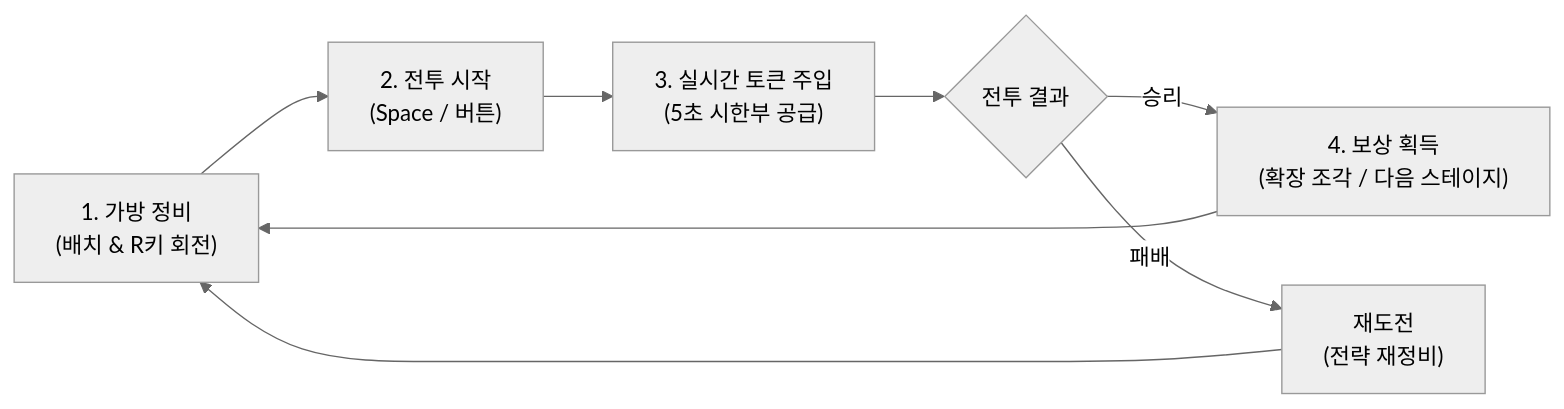
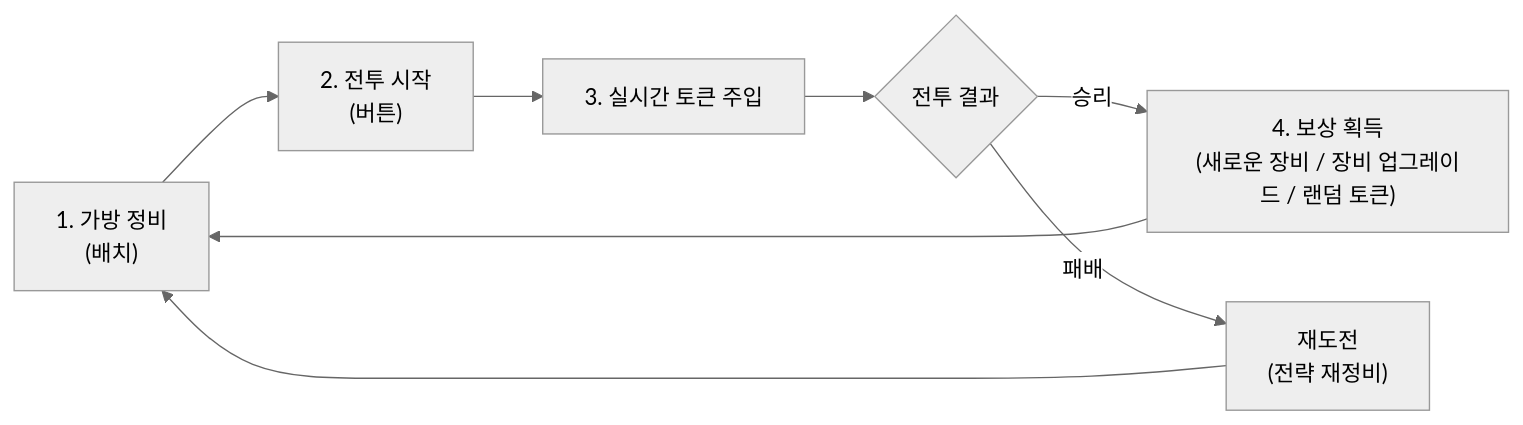
The diagram in README.md (Jvncyo/InventoryAutoBattle), drawn with Mermaid (neutral theme) before and after one commit. The commit also changed other lines of this file, not shown here.

````diff
--- a/README.md
+++ b/README.md
@@ -42,10 +41,10 @@
 ```mermaid
 flowchart LR
-    A["1. 가방 정비<br>(배치 & R키 회전)"] --> B["2. 전투 시작<br>(Space / 버튼)"]
-    B --> C["3. 실시간 토큰 주입<br>(5초 시한부 공급)"]
+    A["1. 가방 정비<br>(배치)"] --> B["2. 전투 시작<br>(버튼)"]
+    B --> C["3. 실시간 토큰 주입<br>"]
     C --> D{"전투 결과"}
-    D -->|"승리"| E["4. 보상 획득<br>(확장 조각 / 다음 스테이지)"]
+    D -->|"승리"| E["4. 보상 획득<br>(새로운 장비 / 장비 업그레이드 / 랜덤 토큰)"]
     D -->|"패배"| F["재도전<br>(전략 재정비)"]
     E --> A
     F --> A
 ```
````
